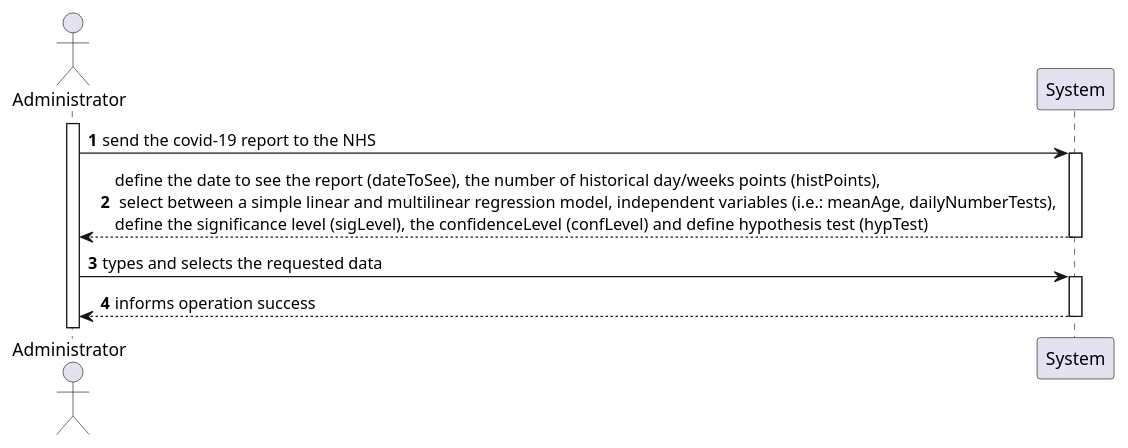
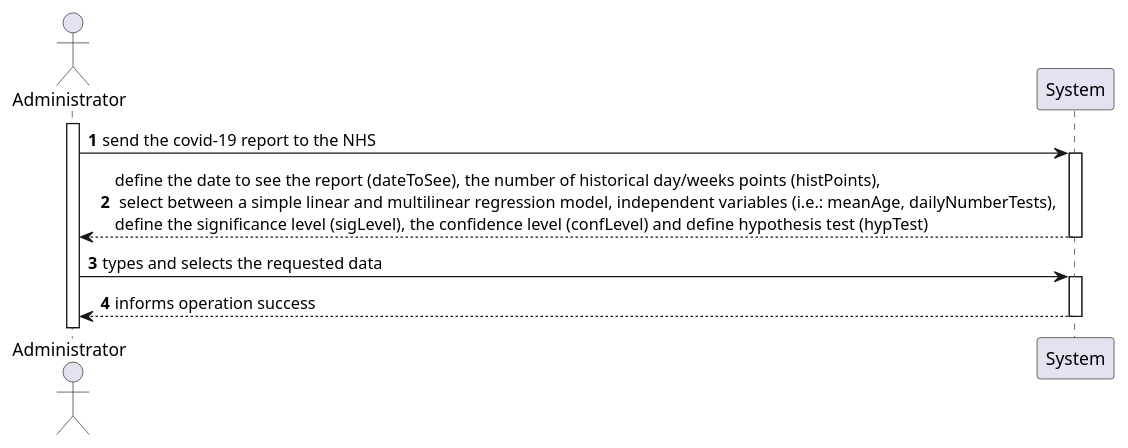
The diagram in docs/SprintD/US18/US18-SSD.puml (0franciscor/lei-21-s2-1de-g19), drawn with PlantUML before and after one commit. The commit also changed 4 other files, not shown here.

```diff
--- a/docs/SprintD/US18/US18-SSD.puml
+++ b/docs/SprintD/US18/US18-SSD.puml
@@ -1,13 +1,13 @@
 @startuml
 'https://plantuml.com/sequence-diagram
 
 autonumber
 
 actor "Administrator" as A
 activate A
 A -> System ++: send the covid-19 report to the NHS
-System -->  A --: define the date to see the report (dateToSee), the number of historical day/weeks points (histPoints),\n select between a simple linear and multilinear regression model, independent variables (i.e.: meanAge, dailyNumberTests), \ndefine the significance level (sigLevel), the confidenceLevel (confLevel) and define hypothesis test (hypTest)
+System -->  A --: define the date to see the report (dateToSee), the number of historical day/weeks points (histPoints),\n select between a simple linear and multilinear regression model, independent variables (i.e.: meanAge, dailyNumberTests), \ndefine the significance level (sigLevel), the confidence level (confLevel) and define hypothesis test (hypTest)
 A -> System ++: types and selects the requested data
 System -->  A --: informs operation success
 
 @enduml
```
